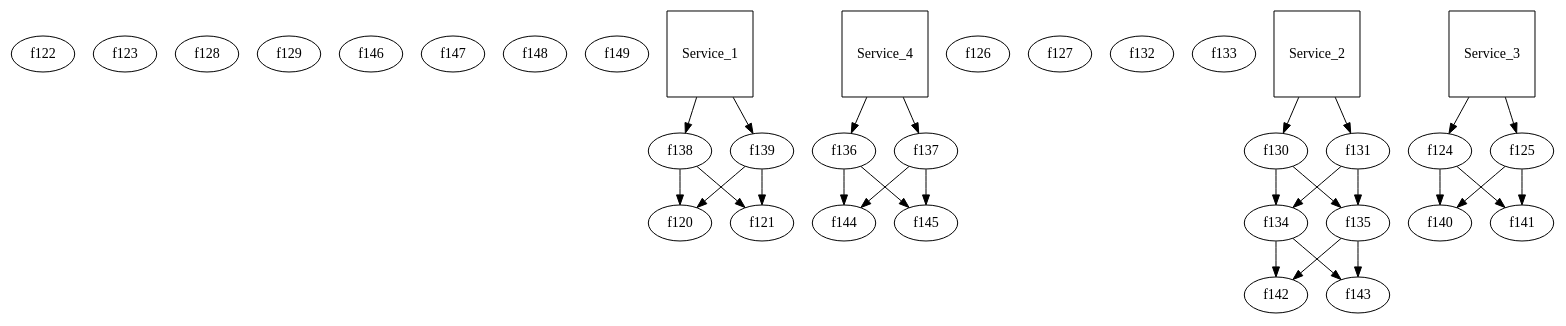
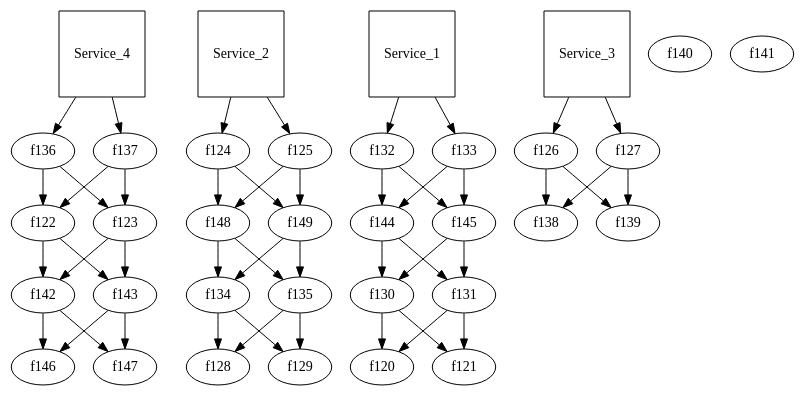
One commit to pcoppens/chaos-re changed the diagram in system.dot. Above: the diagram before and after it, drawn with Graphviz. The commit also changed 6 other files, not shown here.

```diff
--- a/system.dot
+++ b/system.dot
@@ -1,29 +1,29 @@
 digraph System{
 	f122 ; 	f123 ; 
 	f128 ; 	f129 ; 
 	f146 ; 	f147 ; 
 	f148 ; 	f149 ; 
 	f120 ; 	f121 ; 
 	f136 ; 	f137 ; 
 	f126 ; 	f127 ; 
 	f132 ; 	f133 ; 
 	f134 ; 	f135 ; 
 	f140 ; 	f141 ; 
 	f130 ; 	f131 ; 
 	f142 ; 	f143 ; 
 	f124 ; 	f125 ; 
 	f138 ; 	f139 ; 
 	f144 ; 	f145 ; 
 Service_1[shape=square];
- Service_1->f138; Service_1->f139; f138 -> f120;
-f138 ->f121; f139 ->f121; f139 ->f120; 
+ Service_1->f132; Service_1->f133; f132 -> f144 -> f130 -> f120;
+f132 ->f145; f133 ->f145; f133 ->f144; f144 ->f131; f145 ->f131; f145 ->f130; f130 ->f121; f131 ->f121; f131 ->f120; 
 Service_2[shape=square];
- Service_2->f130; Service_2->f131; f130 -> f134 -> f142;
-f130 ->f135; f131 ->f135; f131 ->f134; f134 ->f143; f135 ->f143; f135 ->f142; 
+ Service_2->f124; Service_2->f125; f124 -> f148 -> f134 -> f128;
+f124 ->f149; f125 ->f149; f125 ->f148; f148 ->f135; f149 ->f135; f149 ->f134; f134 ->f129; f135 ->f129; f135 ->f128; 
 Service_3[shape=square];
- Service_3->f124; Service_3->f125; f124 -> f140;
-f124 ->f141; f125 ->f141; f125 ->f140; 
+ Service_3->f126; Service_3->f127; f126 -> f138;
+f126 ->f139; f127 ->f139; f127 ->f138; 
 Service_4[shape=square];
- Service_4->f136; Service_4->f137; f136 -> f144;
-f136 ->f145; f137 ->f145; f137 ->f144; 
+ Service_4->f136; Service_4->f137; f136 -> f122 -> f142 -> f146;
+f136 ->f123; f137 ->f123; f137 ->f122; f122 ->f143; f123 ->f143; f123 ->f142; f142 ->f147; f143 ->f147; f143 ->f146; 
 }
```
